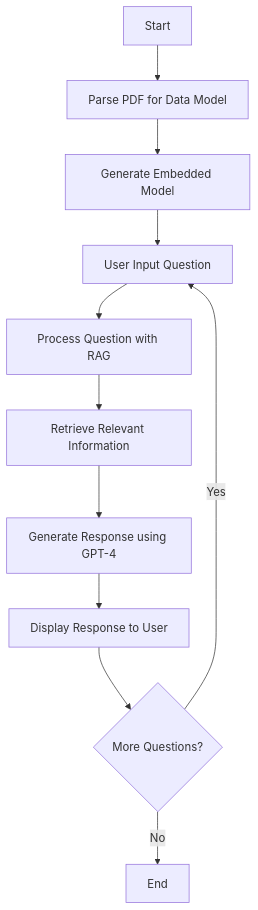
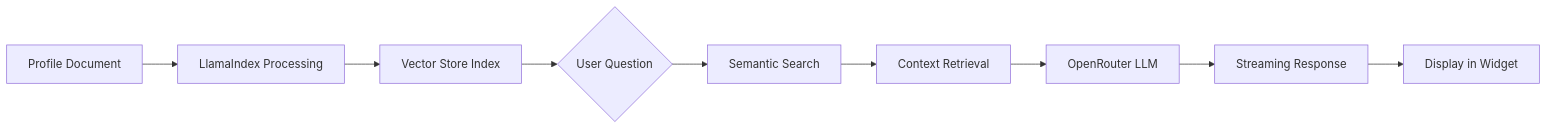
One commit to amarpreetbhatia/llamaindex-projects changed the diagram in README.md. Above: the diagram before and after it, drawn with Mermaid. The commit also changed other lines of this file and 20 other files, not shown here.

Commit message:
config open router key

````diff
--- a/README.md
+++ b/README.md
@@ -35,13 +36,11 @@
 ```mermaid
-graph TD
-    A[Start] --> B[Parse PDF for Data Model]
-    B --> C[Generate Embedded Model]
-    C --> D[User Input Question]
-    D --> E[Process Question with RAG]
-    E --> F[Retrieve Relevant Information]
-    F --> G[Generate Response using GPT-4]
-    G --> H[Display Response to User]
-    H --> I{More Questions?}
-    I -->|Yes| D
-    I -->|No| J[End]
+graph LR
+    A[Profile Document] --> B[LlamaIndex Processing]
+    B --> C[Vector Store Index]
+    C --> D{User Question}
+    D --> E[Semantic Search]
+    E --> F[Context Retrieval]
+    F --> G[OpenRouter LLM]
+    G --> H[Streaming Response]
+    H --> I[Display in Widget]
 ```
````
